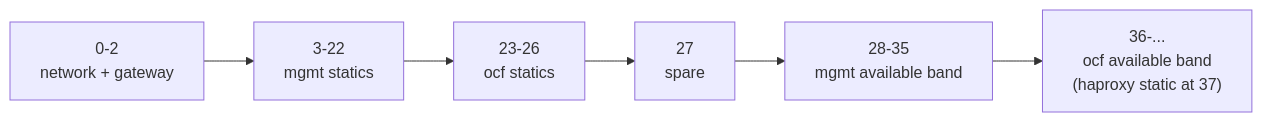
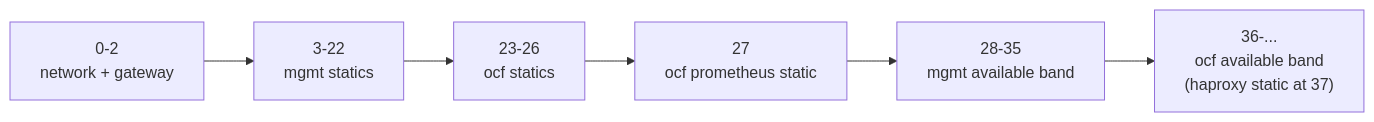
The second of 3 diagrams in docs/networking/reserved-ip-strategies.md (fivetwenty-io/ocfp-cli), drawn with Mermaid before and after one commit. The commit also changed other lines of this file, not shown here.

First line of the commit message:
Document the compact ocf prometheus static

````diff
--- a/docs/networking/reserved-ip-strategies.md
+++ b/docs/networking/reserved-ip-strategies.md
@@ -166,8 +167,8 @@
 ```mermaid
 flowchart LR
     A["0-2\nnetwork + gateway"] --> B["3-22\nmgmt statics"]
     B --> C["23-26\nocf statics"]
-    C --> D["27\nspare"]
+    C --> D["27\nocf prometheus static"]
     D --> E["28-35\nmgmt available band"]
     E --> F["36-...\nocf available band\n(haproxy static at 37)"]
 ```
````
